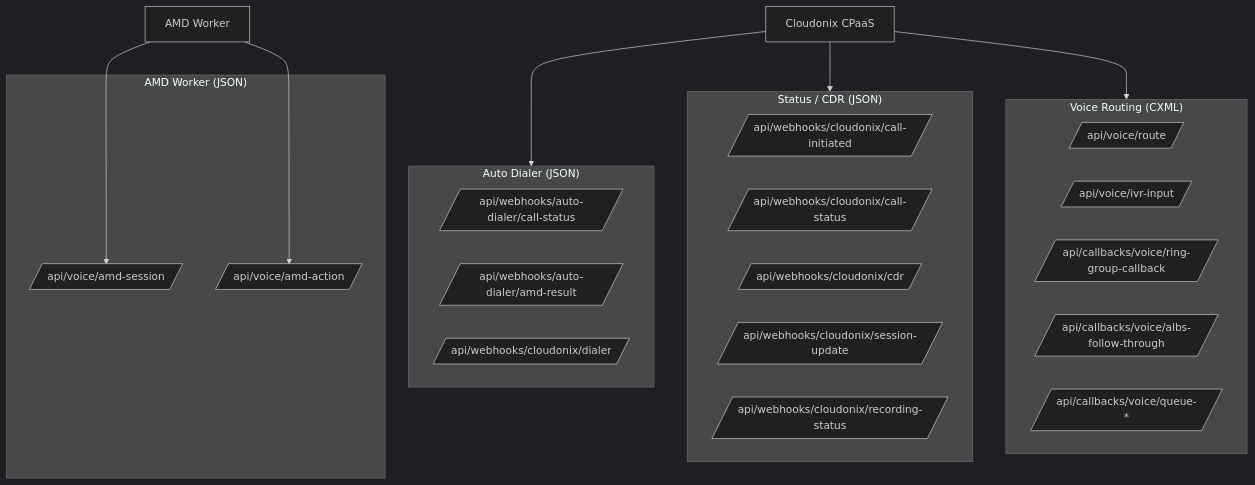
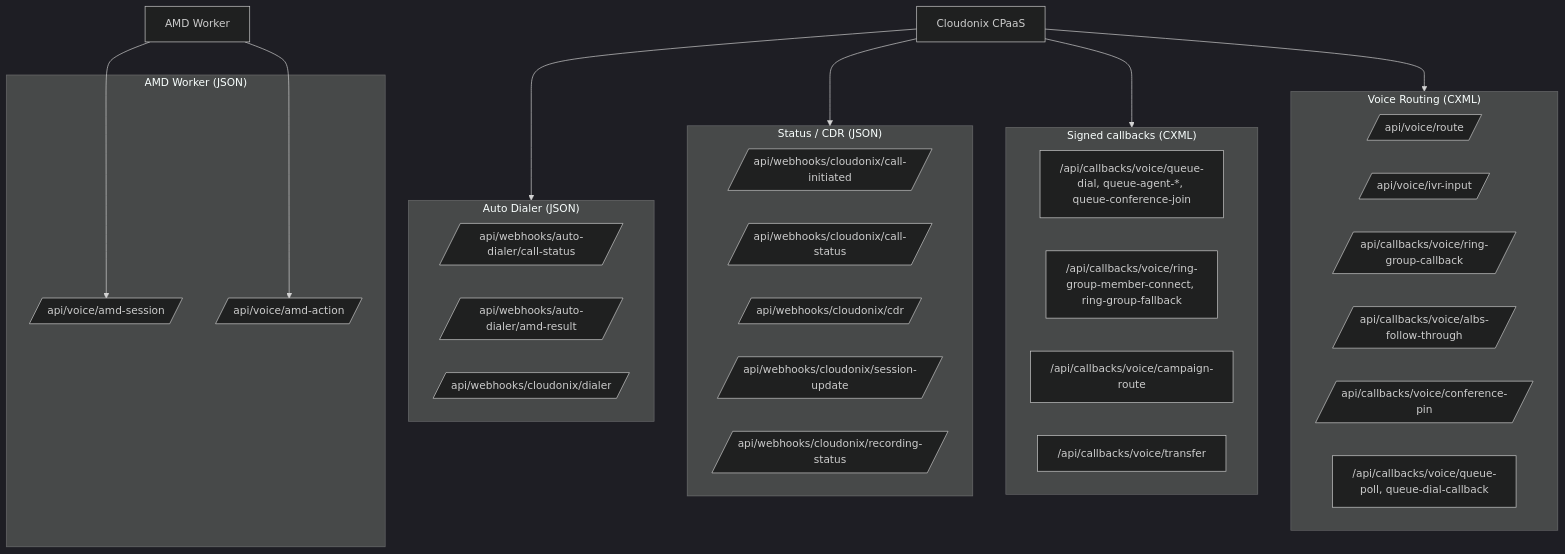
Before and after one commit to greenfieldtech-nirs/opbx: the diagram in docs/opbx-userguide/architecture/webhooks.mdx, drawn with Mermaid (dark theme). The commit also changed other lines of this file and 14 other files, not shown here.

First line of the commit message:
docs(architecture, data-models): WAF, transfer, ai_call_attempts

````diff
--- a/docs/opbx-userguide/architecture/webhooks.mdx
+++ b/docs/opbx-userguide/architecture/webhooks.mdx
@@ -217,38 +219,47 @@
 ```mermaid
 flowchart TD
     Cloudonix[Cloudonix CPaaS]
     AMDW[AMD Worker]
 
     subgraph Voice["Voice Routing (CXML)"]
         VR[/api/voice/route/]
         IV[/api/voice/ivr-input/]
         RG[/api/callbacks/voice/ring-group-callback/]
         ALB[/api/callbacks/voice/albs-follow-through/]
-        QP[/api/callbacks/voice/queue-*/]
+        CP[/api/callbacks/voice/conference-pin/]
+        QP["/api/callbacks/voice/queue-poll, queue-dial-callback"]
+    end
+
+    subgraph Signed["Signed callbacks (CXML)"]
+        SQ["/api/callbacks/voice/queue-dial, queue-agent-*, queue-conference-join"]
+        SRG["/api/callbacks/voice/ring-group-member-connect, ring-group-fallback"]
+        SCR["/api/callbacks/voice/campaign-route"]
+        STR["/api/callbacks/voice/transfer"]
     end
 
     subgraph Status["Status / CDR (JSON)"]
         CI[/api/webhooks/cloudonix/call-initiated/]
         CS[/api/webhooks/cloudonix/call-status/]
         CDR[/api/webhooks/cloudonix/cdr/]
         SU[/api/webhooks/cloudonix/session-update/]
         RS[/api/webhooks/cloudonix/recording-status/]
     end
 
     subgraph Dialer["Auto Dialer (JSON)"]
         DCS[/api/webhooks/auto-dialer/call-status/]
         DAMD[/api/webhooks/auto-dialer/amd-result/]
         DPR[/api/webhooks/cloudonix/dialer/]
     end
 
     subgraph AMD["AMD Worker (JSON)"]
         AMDS[/api/voice/amd-session/]
         AMDA[/api/voice/amd-action/]
     end
 
     Cloudonix --> Voice
+    Cloudonix --> Signed
     Cloudonix --> Status
     Cloudonix --> Dialer
     AMDW --> AMDS
     AMDW --> AMDA
 ```
````
